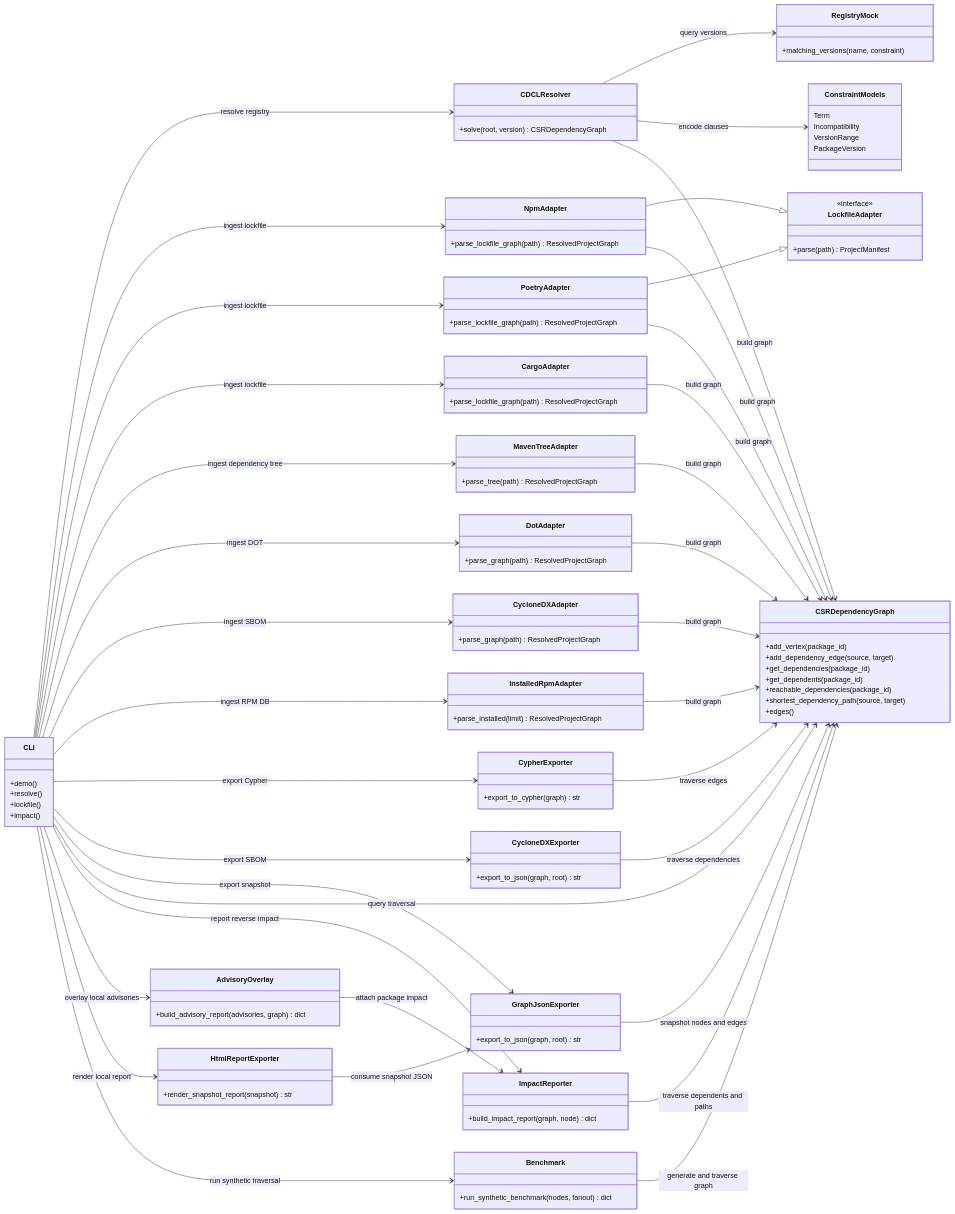
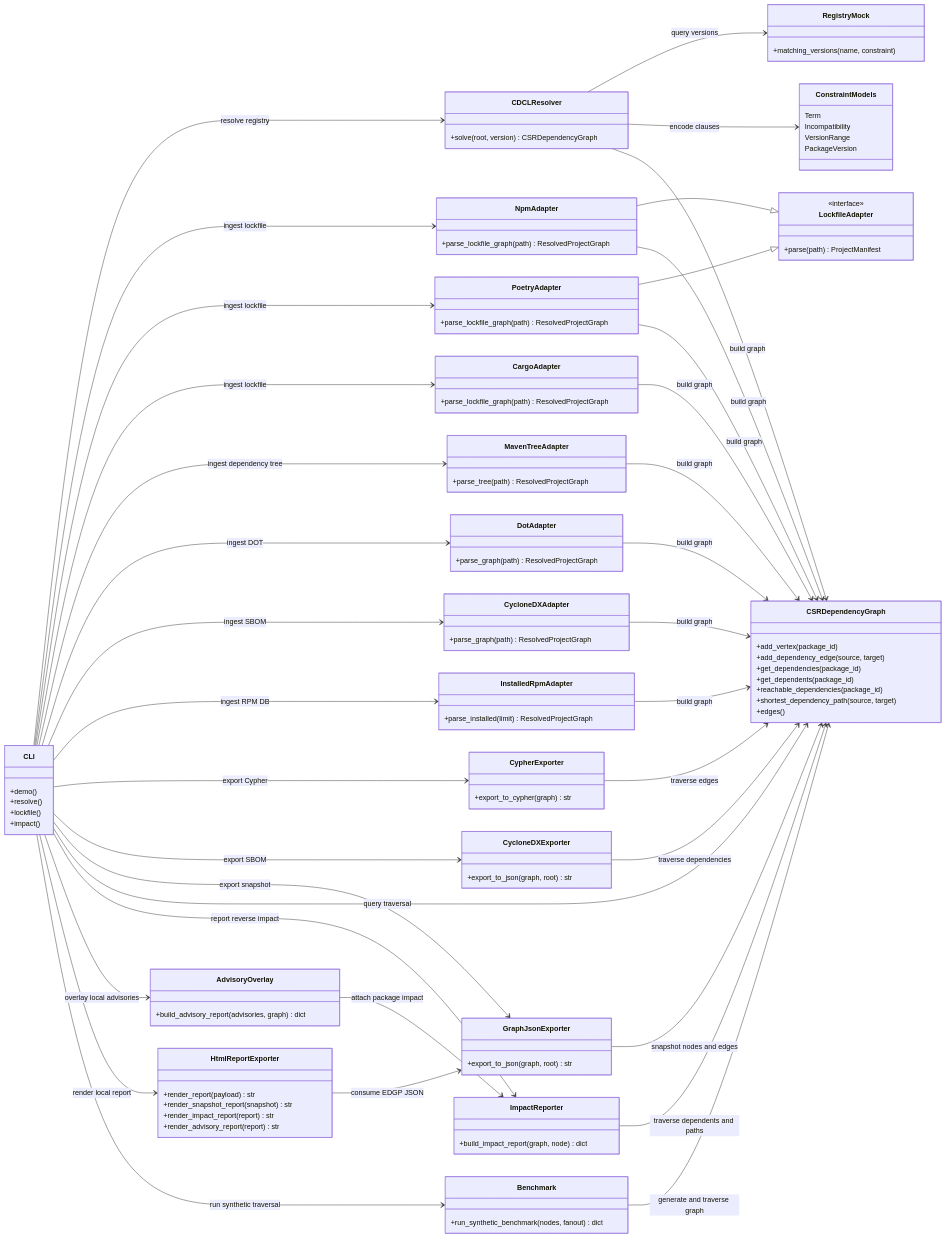
Before and after one commit to xsub/EnterpriseLinux-SoftwareSupplyChain: the first of 2 diagrams in README.md, drawn with Mermaid. The commit also changed other lines of this file and 8 other files, not shown here.

Commit message:
Render impact and advisory HTML reports

````diff
--- a/README.md
+++ b/README.md
@@ -216,7 +218,10 @@
   +build_advisory_report(advisories, graph) dict
 }
 class HtmlReportExporter {
+  +render_report(payload) str
   +render_snapshot_report(snapshot) str
+  +render_impact_report(report) str
+  +render_advisory_report(report) str
 }
 class Benchmark {
   +run_synthetic_benchmark(nodes, fanout) dict
@@ -260,6 +265,6 @@
 GraphJsonExporter --> CSRDependencyGraph : snapshot nodes and edges
 ImpactReporter --> CSRDependencyGraph : traverse dependents and paths
 AdvisoryOverlay --> ImpactReporter : attach package impact
-HtmlReportExporter --> GraphJsonExporter : consume snapshot JSON
+HtmlReportExporter --> GraphJsonExporter : consume EDGP JSON
 Benchmark --> CSRDependencyGraph : generate and traverse graph
 ```
````
